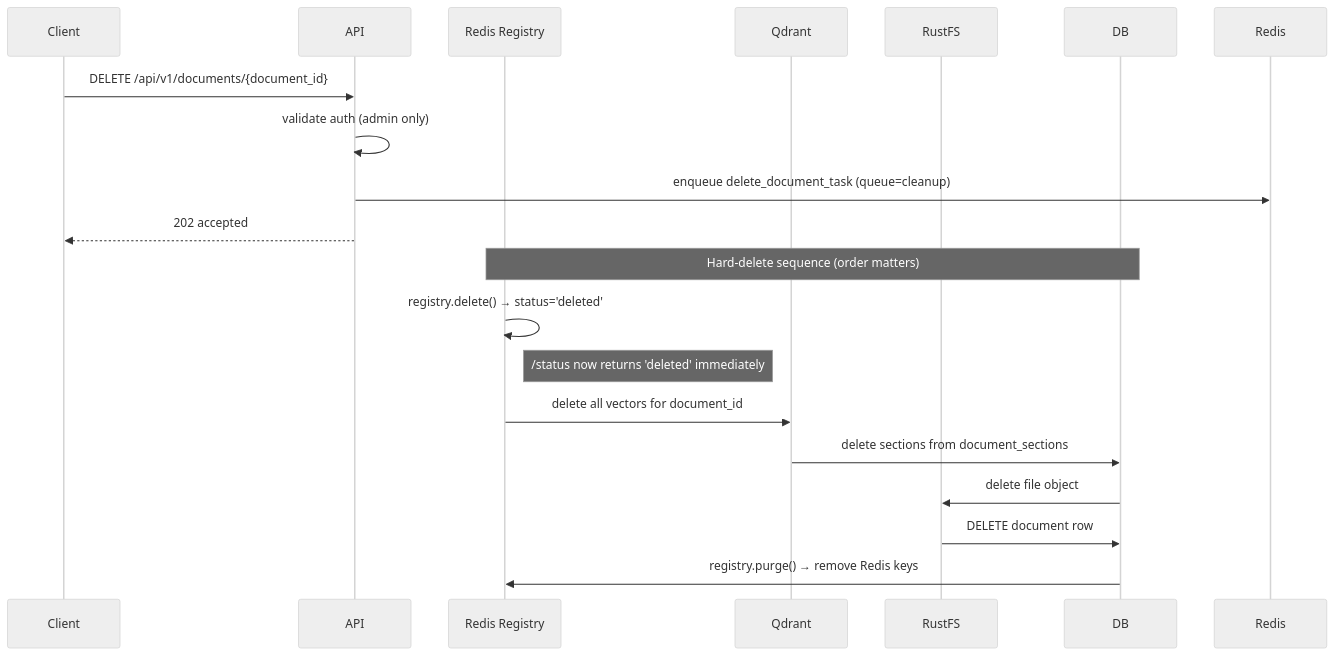
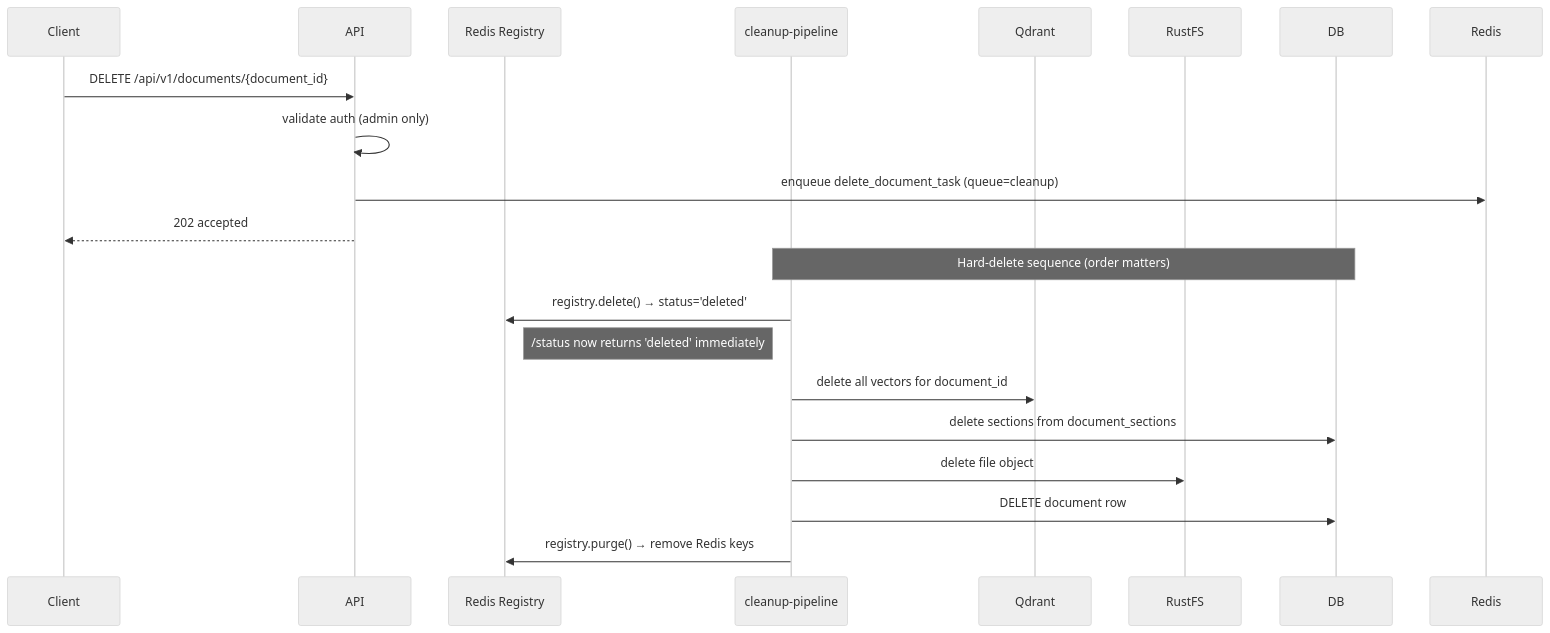
One commit to qtuanph/chatbot-rag changed the third of 4 diagrams in docs/03_CORE_WORKFLOWS.md. Above: the diagram before and after it, drawn with Mermaid (neutral theme). The commit also changed other lines of this file and 18 other files, not shown here.

First line of the commit message:
Refactor worker architecture and enhance ingestion pipeline

````diff
--- a/docs/03_CORE_WORKFLOWS.md
+++ b/docs/03_CORE_WORKFLOWS.md
@@ -121,23 +124,24 @@
 ```mermaid
 sequenceDiagram
     participant Client
     participant API
     participant Registry as Redis Registry
+    participant Cleanup as cleanup-pipeline
     participant Qdrant
     participant RustFS
     participant DB
 
     Client->>API: DELETE /api/v1/documents/{document_id}
     API->>API: validate auth (admin only)
     API->>Redis: enqueue delete_document_task (queue=cleanup)
     API-->>Client: 202 accepted
 
-    Note over Registry,DB: Hard-delete sequence (order matters)
-    Registry->>Registry: registry.delete() → status='deleted'
+    Note over Cleanup,DB: Hard-delete sequence (order matters)
+    Cleanup->>Registry: registry.delete() → status='deleted'
     Note right of Registry: /status now returns 'deleted' immediately
-    Registry->>Qdrant: delete all vectors for document_id
-    Qdrant->>DB: delete sections from document_sections
-    DB->>RustFS: delete file object
-    RustFS->>DB: DELETE document row
-    DB->>Registry: registry.purge() → remove Redis keys
+    Cleanup->>Qdrant: delete all vectors for document_id
+    Cleanup->>DB: delete sections from document_sections
+    Cleanup->>RustFS: delete file object
+    Cleanup->>DB: DELETE document row
+    Cleanup->>Registry: registry.purge() → remove Redis keys
 ```
````
